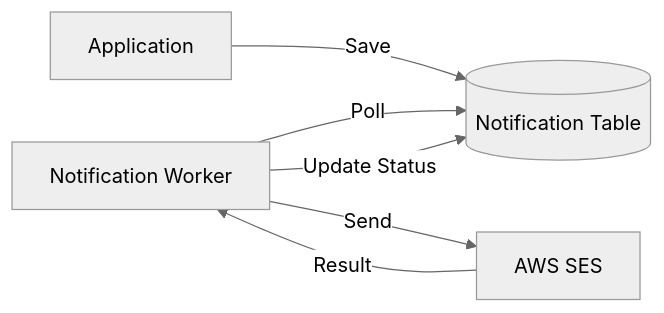
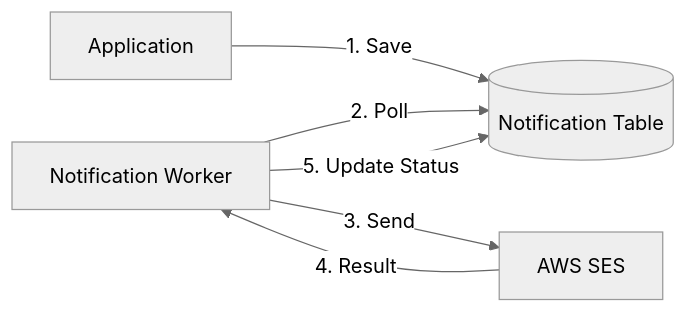
Before and after one commit to moses1998lee/horaion-documentation: the diagram in technical_documentation/16_SHARED_KERNEL/03_INFRASTRUCTURE.md, drawn with Mermaid (neutral theme). The commit also changed other lines of this file and 4 other files, not shown here.

Commit message:
docs: enhance diagrams with detailed newbie-friendly walkthroughs

````diff
--- a/technical_documentation/16_SHARED_KERNEL/03_INFRASTRUCTURE.md
+++ b/technical_documentation/16_SHARED_KERNEL/03_INFRASTRUCTURE.md
@@ -32,8 +32,8 @@
 ```mermaid
 graph LR
-    App[Application] -->|Save| DB[(Notification Table)]
-    Worker[Notification Worker] -->|Poll| DB
-    Worker -->|Send| AWS[AWS SES]
-    AWS -->|Result| Worker
-    Worker -->|Update Status| DB
+    App[Application] -->|1. Save| DB[(Notification Table)]
+    Worker[Notification Worker] -->|2. Poll| DB
+    Worker -->|3. Send| AWS[AWS SES]
+    AWS -->|4. Result| Worker
+    Worker -->|5. Update Status| DB
 ```
````
